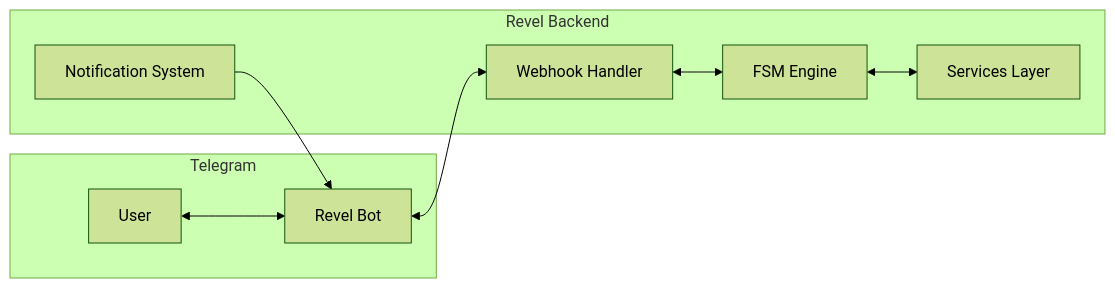
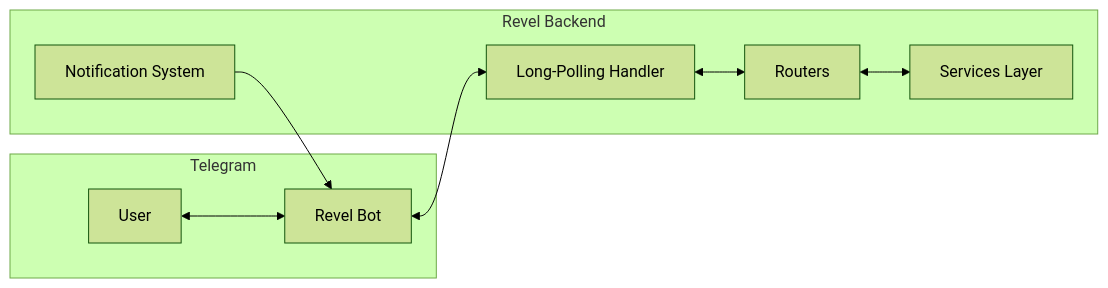
The diagram in docs/guides/telegram-bot.md (letsrevel/revel-backend), drawn with Mermaid (forest theme) before and after one commit. The commit also changed other lines of this file and 38 other files, not shown here.

````diff
--- a/docs/guides/telegram-bot.md
+++ b/docs/guides/telegram-bot.md
@@ -9,13 +9,13 @@
 ```mermaid
 flowchart LR
     subgraph Telegram
         U[User] <--> Bot[Revel Bot]
     end
 
     subgraph Revel Backend
-        Bot <--> WH[Webhook Handler]
-        WH <--> FSM[FSM Engine]
-        FSM <--> SVC[Services Layer]
+        Bot <--> LP[Long-Polling Handler]
+        LP <--> R[Routers]
+        R <--> SVC[Services Layer]
         NS[Notification System] --> Bot
     end
 ```
````
